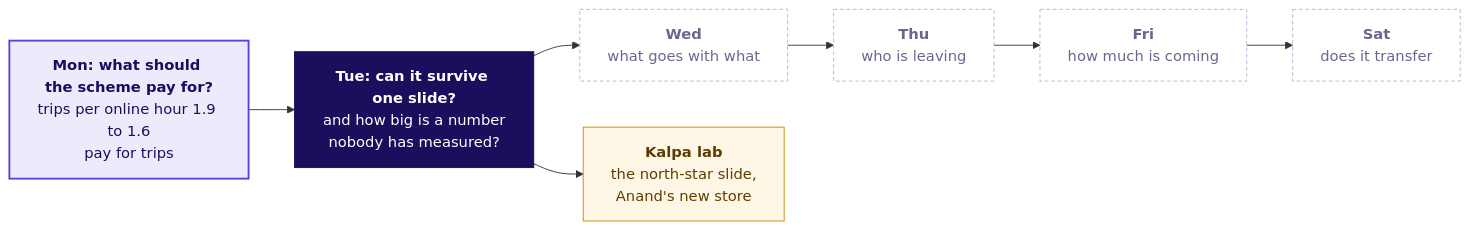
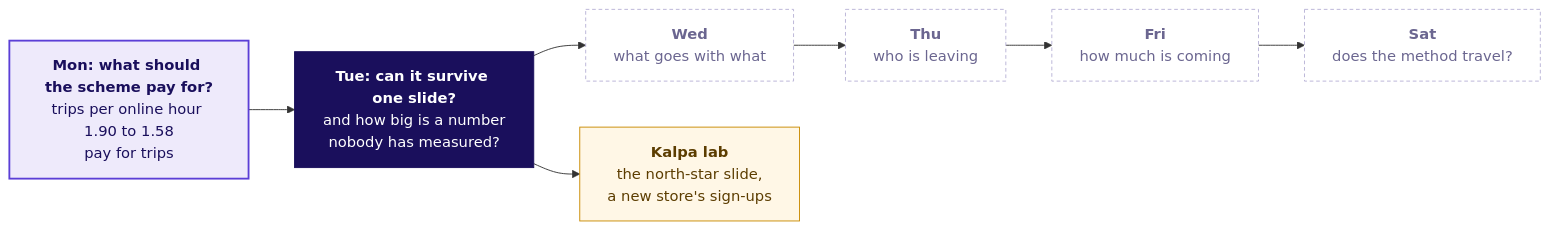
The first of 5 diagrams in content/W04/D2/slides/C2_W04_D02_half1_STUDENT.md (fde-academy-lab/c2-content-factory), drawn with Mermaid before and after one commit. The commit also changed other lines of this file and 18 other files, not shown here.

````diff
--- a/content/W04/D2/slides/C2_W04_D02_half1_STUDENT.md
+++ b/content/W04/D2/slides/C2_W04_D02_half1_STUDENT.md
@@ -40,20 +40,20 @@
 ```mermaid
 flowchart LR
-    M["<b>Mon: what should the scheme pay for?</b><br/>trips per online hour 1.9 to 1.6<br/>pay for trips"]
+    M["<b>Mon: what should the scheme pay for?</b><br/>trips per online hour 1.90 to 1.58<br/>pay for trips"]
     T["<b>Tue: can it survive one slide?</b><br/>and how big is a number<br/>nobody has measured?"]
     W["<b>Wed</b><br/>what goes with what"]
     H["<b>Thu</b><br/>who is leaving"]
     F["<b>Fri</b><br/>how much is coming"]
-    S["<b>Sat</b><br/>does it transfer"]
-    K["<b>Kalpa lab</b><br/>the north-star slide,<br/>Anand's new store"]
+    S["<b>Sat</b><br/>does the method travel?"]
+    K["<b>Kalpa lab</b><br/>the north-star slide,<br/>a new store's sign-ups"]
     M --> T --> W --> H --> F --> S
     T --> K
     classDef lit fill:#1A0F5C,stroke:#1A0F5C,color:#FFFFFF
     classDef known fill:#EEEAFB,stroke:#5B3FD6,color:#1A0F5C,stroke-width:2px
     classDef unknown fill:#FFFFFF,stroke:#B8B2D6,color:#6B6690,stroke-dasharray:4 3
     classDef kalpa fill:#FFF7E6,stroke:#C98A00,color:#5C3D00
     class M known
     class T lit
     class W,H,F,S unknown
     class K kalpa
 ```
````
